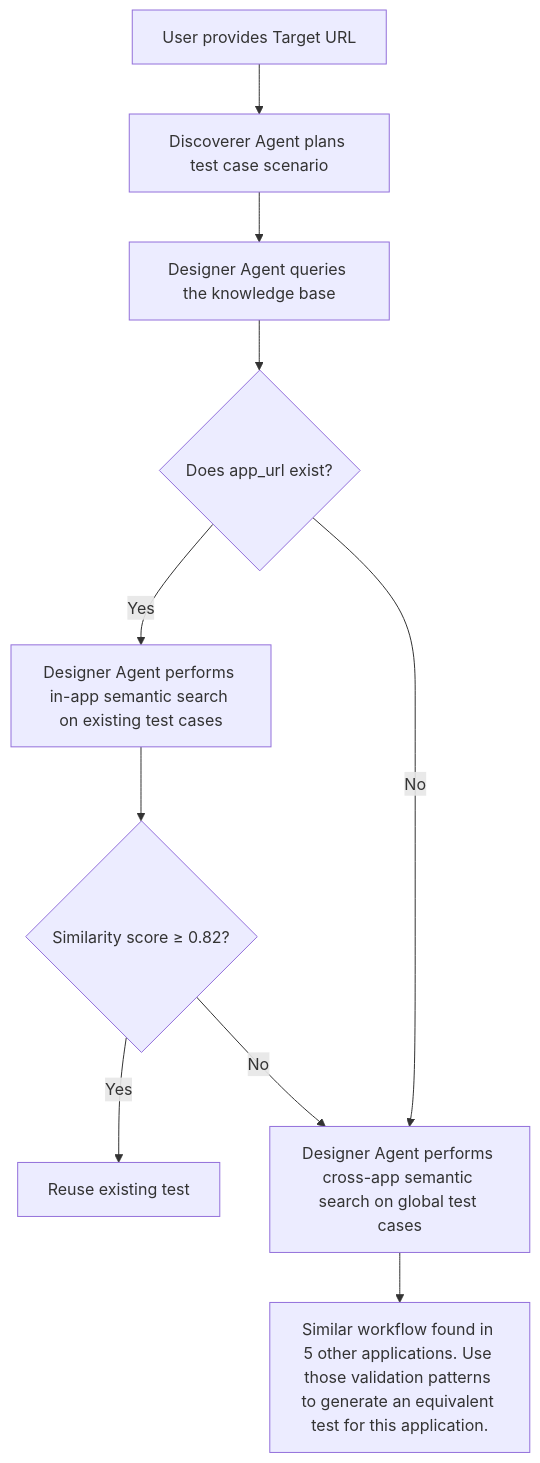
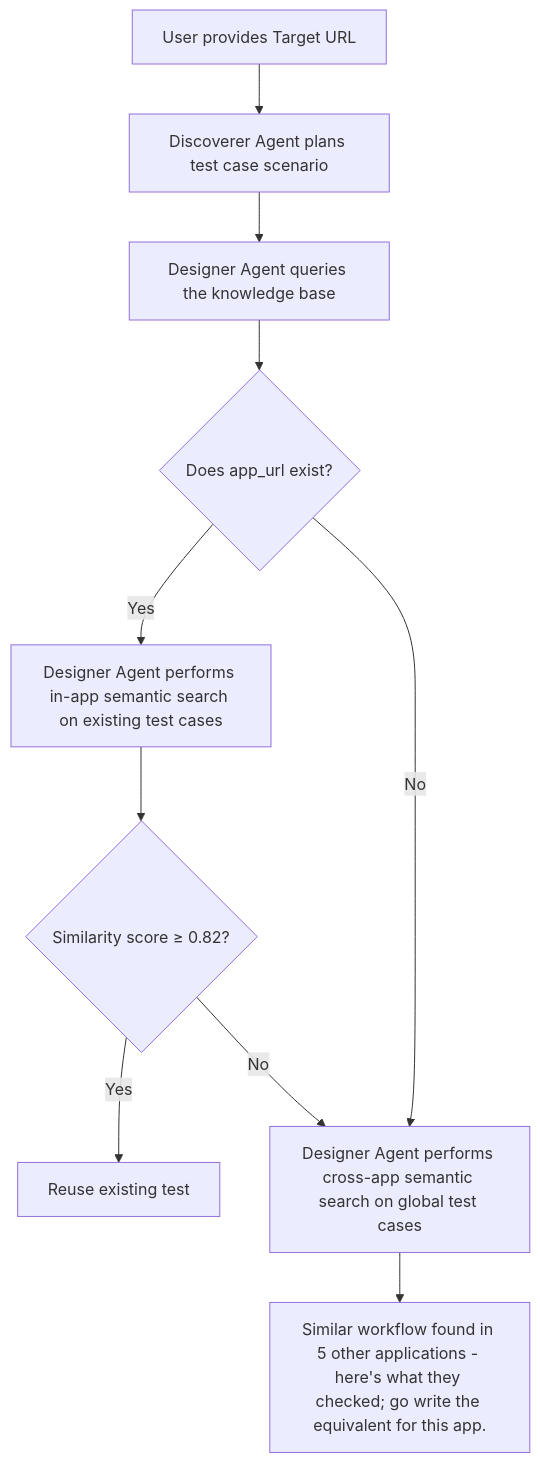
Before and after one commit to senthilcaesar/mermaid-diagrams: the diagram in testsuite-kb.md, drawn with Mermaid.

````diff
--- a/testsuite-kb.md
+++ b/testsuite-kb.md
@@ -1,23 +1,23 @@
 ```mermaid
 flowchart TD
     A[User provides Target URL]
     B[Discoverer Agent plans test case scenario]
     C[Designer Agent queries the knowledge base]
     D{Does app_url exist?}
 
     A --> B
     B --> C
     C --> D
 
     D -->|Yes| E[Designer Agent performs in-app semantic search on existing test cases]
 
     E --> F{Similarity score ≥ 0.82?}
 
     F -->|Yes| G[Reuse existing test]
 
     F -->|No| H[Designer Agent performs cross-app semantic search on global test cases]
 
     D -->|No| H
 
-    H --> I["Similar workflow found in 5 other applications. Use those validation patterns to generate an equivalent test for this application."]
+    H --> I["Similar workflow found in 5 other applications - here's what they checked; go write the equivalent for this app."]
 ```
````
